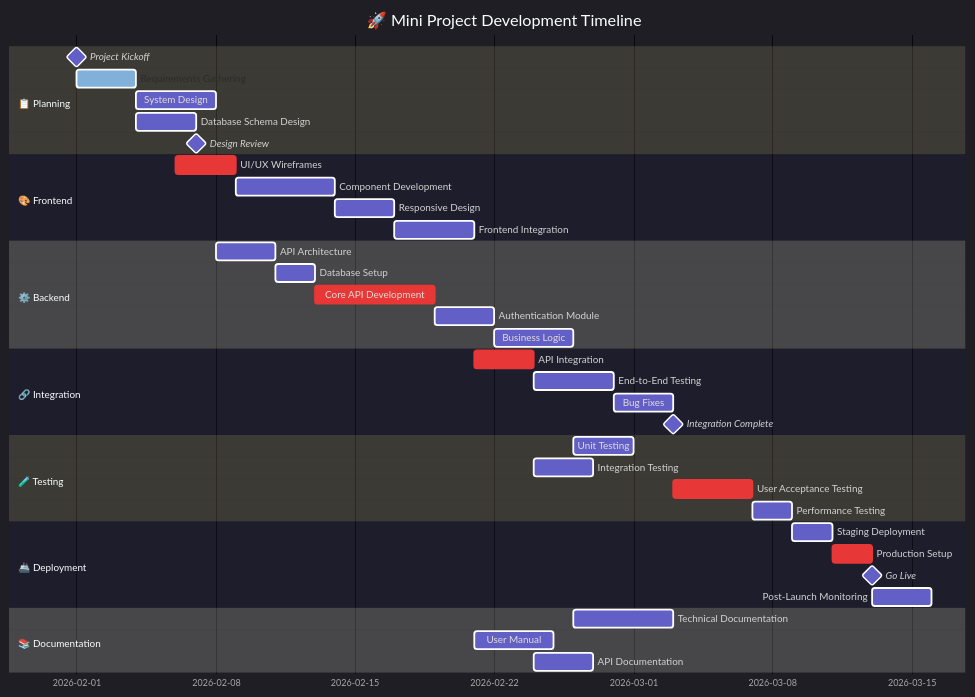
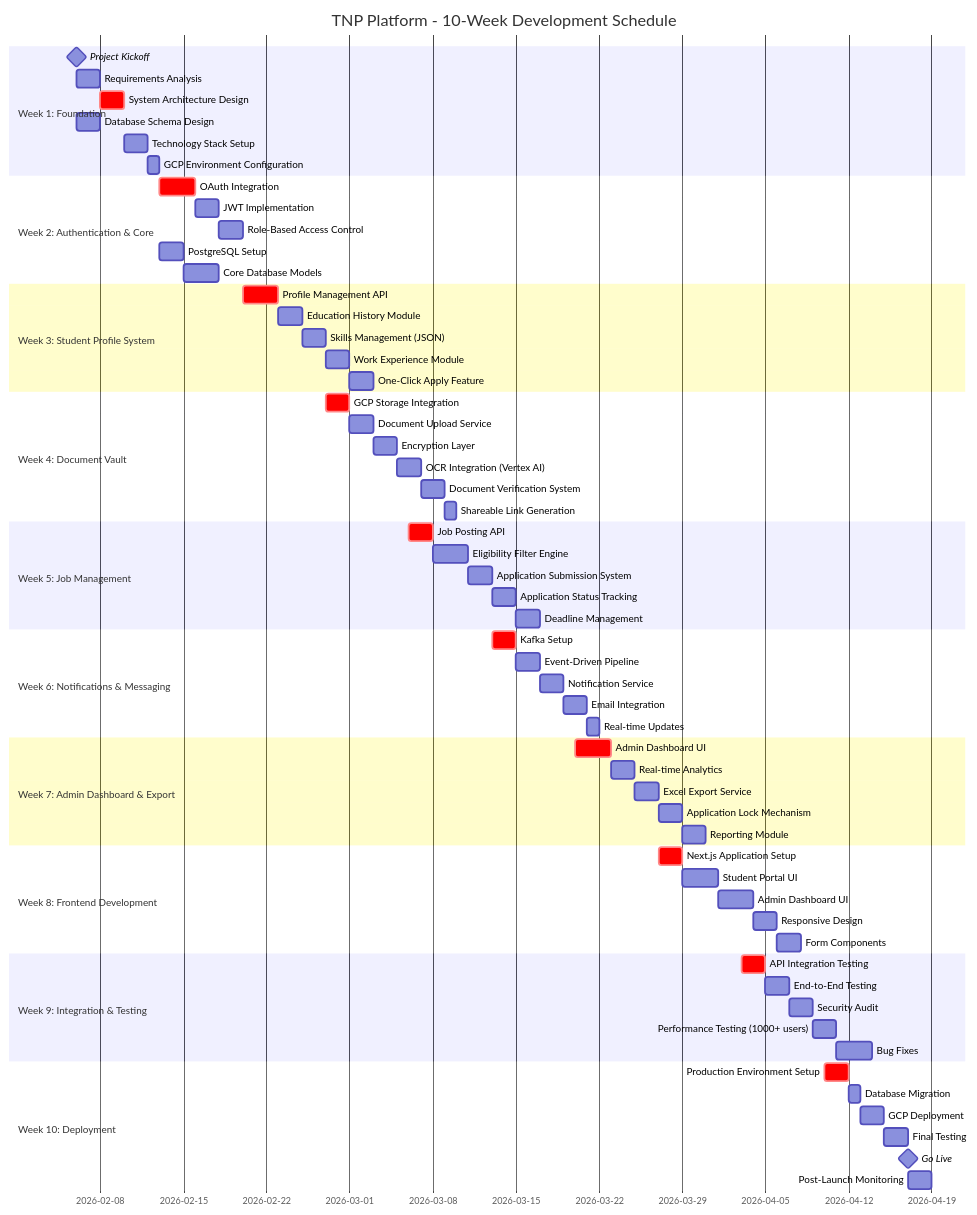
Before and after one commit to navahc09/WADL_Mini_Project_25-26: the first of 3 diagrams in README.md, drawn with Mermaid. The commit also changed other lines of this file, not shown here.

````diff
--- a/README.md
+++ b/README.md
@@ -7,49 +12,78 @@
 ```mermaid
-%%{init: {'theme':'dark', 'themeVariables': { 'primaryColor':'#6366f1', 'primaryTextColor':'#fff', 'primaryBorderColor':'#4f46e5', 'lineColor':'#8b5cf6', 'secondaryColor':'#ec4899', 'tertiaryColor':'#10b981', 'background':'#1e1b4b', 'mainBkg':'#312e81', 'secondBkg':'#4c1d95', 'lineColor':'#a78bfa', 'border1':'#7c3aed', 'border2':'#c026d3', 'arrowheadColor':'#f472b6', 'fontFamily':'Inter, system-ui, sans-serif', 'fontSize':'14px'}}}%%
 gantt
-    title 🚀 Mini Project Development Timeline
+    title TNP Platform - 10-Week Development Schedule
     dateFormat YYYY-MM-DD
     
-    section 📋 Planning
-    Project Kickoff           :milestone, m1, 2026-02-01, 0d
-    Requirements Gathering    :active, plan1, 2026-02-01, 3d
-    System Design            :plan2, after plan1, 4d
-    Database Schema Design   :plan3, after plan1, 3d
-    Design Review            :milestone, m2, after plan3, 0d
+    section Week 1: Foundation
+    Project Kickoff                     :milestone, m1, 2026-02-06, 0d
+    Requirements Analysis               :plan1, 2026-02-06, 2d
+    System Architecture Design          :crit, plan2, after plan1, 2d
+    Database Schema Design              :plan3, 2026-02-06, 2d
+    Technology Stack Setup              :setup1, after plan2, 2d
+    GCP Environment Configuration       :setup2, after setup1, 1d
     
-    section 🎨 Frontend
-    UI/UX Wireframes         :crit, front1, 2026-02-06, 3d
-    Component Development    :front2, after front1, 5d
-    Responsive Design        :front3, after front2, 3d
-    Frontend Integration     :front4, after front3, 4d
+    section Week 2: Authentication & Core
+    OAuth Integration                   :crit, auth1, 2026-02-13, 3d
+    JWT Implementation                  :auth2, after auth1, 2d
+    Role-Based Access Control           :auth3, after auth2, 2d
+    PostgreSQL Setup                    :db1, 2026-02-13, 2d
+    Core Database Models                :db2, after db1, 3d
     
-    section ⚙️ Backend
-    API Architecture         :back1, 2026-02-08, 3d
-    Database Setup           :back2, after back1, 2d
-    Core API Development     :crit, back3, after back2, 6d
-    Authentication Module    :back4, after back3, 3d
-    Business Logic           :back5, after back4, 4d
+    section Week 3: Student Profile System
+    Profile Management API              :crit, profile1, 2026-02-20, 3d
+    Education History Module            :profile2, after profile1, 2d
+    Skills Management (JSON)            :profile3, after profile2, 2d
+    Work Experience Module              :profile4, after profile3, 2d
+    One-Click Apply Feature             :profile5, after profile4, 2d
     
-    section 🔗 Integration
-    API Integration          :crit, int1, after front4, 3d
-    End-to-End Testing       :int2, after int1, 4d
-    Bug Fixes                :int3, after int2, 3d
-    Integration Complete     :milestone, m3, after int3, 0d
+    section Week 4: Document Vault
+    GCP Storage Integration             :crit, vault1, 2026-02-27, 2d
+    Document Upload Service             :vault2, after vault1, 2d
+    Encryption Layer                    :vault3, after vault2, 2d
+    OCR Integration (Vertex AI)         :vault4, after vault3, 2d
+    Document Verification System        :vault5, after vault4, 2d
+    Shareable Link Generation           :vault6, after vault5, 1d
     
-    section 🧪 Testing
-    Unit Testing             :test1, after back5, 3d
-    Integration Testing      :test2, after int1, 3d
-    User Acceptance Testing  :crit, test3, after int3, 4d
-    Performance Testing      :test4, after test3, 2d
+    section Week 5: Job Management
+    Job Posting API                     :crit, job1, 2026-03-06, 2d
+    Eligibility Filter Engine           :job2, after job1, 3d
+    Application Submission System       :job3, after job2, 2d
+    Application Status Tracking         :job4, after job3, 2d
+    Deadline Management                 :job5, after job4, 2d
     
-    section 🚢 Deployment
-    Staging Deployment       :deploy1, after test4, 2d
-    Production Setup         :crit, deploy2, after deploy1, 2d
-    Go Live                  :milestone, m4, after deploy2, 0d
-    Post-Launch Monitoring   :deploy3, after deploy2, 3d
+    section Week 6: Notifications & Messaging
+    Kafka Setup                         :crit, msg1, 2026-03-13, 2d
+    Event-Driven Pipeline               :msg2, after msg1, 2d
+    Notification Service                :msg3, after msg2, 2d
+    Email Integration                   :msg4, after msg3, 2d
+    Real-time Updates                   :msg5, after msg4, 1d
     
-    section 📚 Documentation
-    Technical Documentation  :doc1, after back5, 5d
-    User Manual              :doc2, after front4, 4d
-    API Documentation        :doc3, after int1, 3d
+    section Week 7: Admin Dashboard & Export
+    Admin Dashboard UI                  :crit, admin1, 2026-03-20, 3d
+    Real-time Analytics                 :admin2, after admin1, 2d
+    Excel Export Service                :admin3, after admin2, 2d
+    Application Lock Mechanism          :admin4, after admin3, 2d
+    Reporting Module                    :admin5, after admin4, 2d
+    
+    section Week 8: Frontend Development
+    Next.js Application Setup           :crit, front1, 2026-03-27, 2d
+    Student Portal UI                   :front2, after front1, 3d
+    Admin Dashboard UI                  :front3, after front2, 3d
+    Responsive Design                   :front4, after front3, 2d
+    Form Components                     :front5, after front4, 2d
+    
+    section Week 9: Integration & Testing
+    API Integration Testing             :crit, test1, 2026-04-03, 2d
+    End-to-End Testing                  :test2, after test1, 2d
+    Security Audit                      :test3, after test2, 2d
+    Performance Testing (1000+ users)   :test4, after test3, 2d
+    Bug Fixes                           :test5, after test4, 3d
+    
+    section Week 10: Deployment
+    Production Environment Setup        :crit, deploy1, 2026-04-10, 2d
+    Database Migration                  :deploy2, after deploy1, 1d
+    GCP Deployment                      :deploy3, after deploy2, 2d
+    Final Testing                       :deploy4, after deploy3, 2d
+    Go Live                             :milestone, m2, after deploy4, 0d
+    Post-Launch Monitoring              :deploy5, after deploy4, 2d
 ```
````
